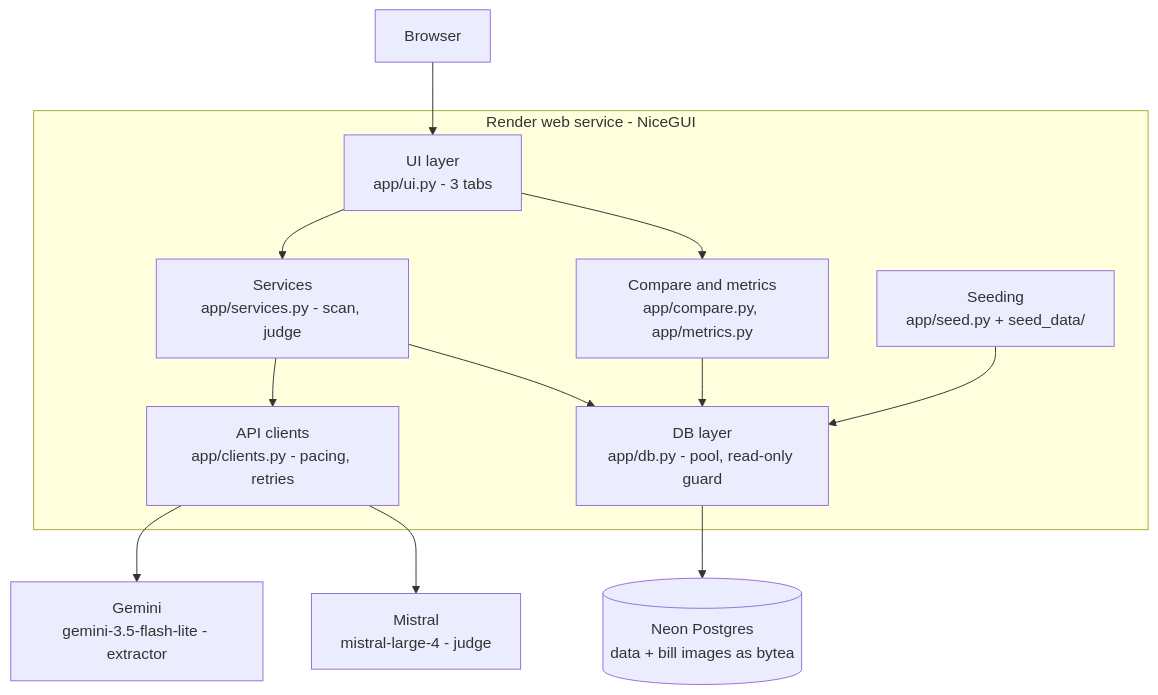
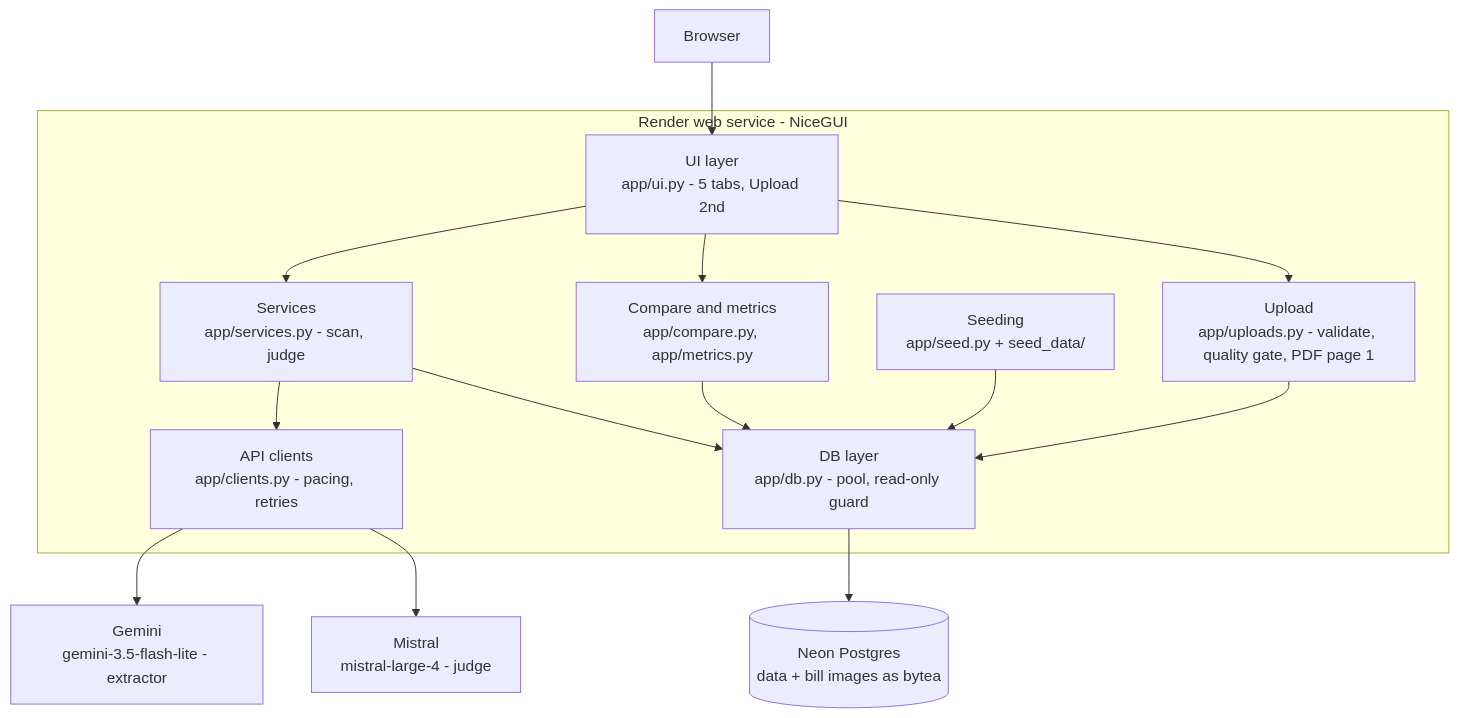
One commit to nikhil-tuli/billsense changed the first of 3 diagrams in ARCHITECTURE.md. Above: the diagram before and after it, drawn with Mermaid. The commit also changed other lines of this file and 16 other files, not shown here.

First line of the commit message:
Upload tab: validated bill uploads with quality gate, history, replace and retry; judge-only evaluation for uploaded bills; README, docs and screenshots

````diff
--- a/ARCHITECTURE.md
+++ b/ARCHITECTURE.md
@@ -8,26 +9,29 @@
 ```mermaid
 flowchart TD
     B[Browser]
     subgraph R[Render web service - NiceGUI]
-        UI[UI layer<br/>app/ui.py - 3 tabs]
+        UI[UI layer<br/>app/ui.py - 5 tabs, Upload 2nd]
         SV[Services<br/>app/services.py - scan, judge]
         MT[Compare and metrics<br/>app/compare.py, app/metrics.py]
         CL[API clients<br/>app/clients.py - pacing, retries]
         DB[DB layer<br/>app/db.py - pool, read-only guard]
         SD[Seeding<br/>app/seed.py + seed_data/]
+        UP[Upload<br/>app/uploads.py - validate, quality gate, PDF page 1]
     end
     N[(Neon Postgres<br/>data + bill images as bytea)]
     G[Gemini<br/>gemini-3.5-flash-lite - extractor]
     M[Mistral<br/>mistral-large-4 - judge]
 
     B --> UI
     UI --> SV
     UI --> MT
     SV --> CL
     SV --> DB
     MT --> DB
     SD --> DB
+    UI --> UP
+    UP --> DB
     DB --> N
     CL --> G
     CL --> M
 ```
````
